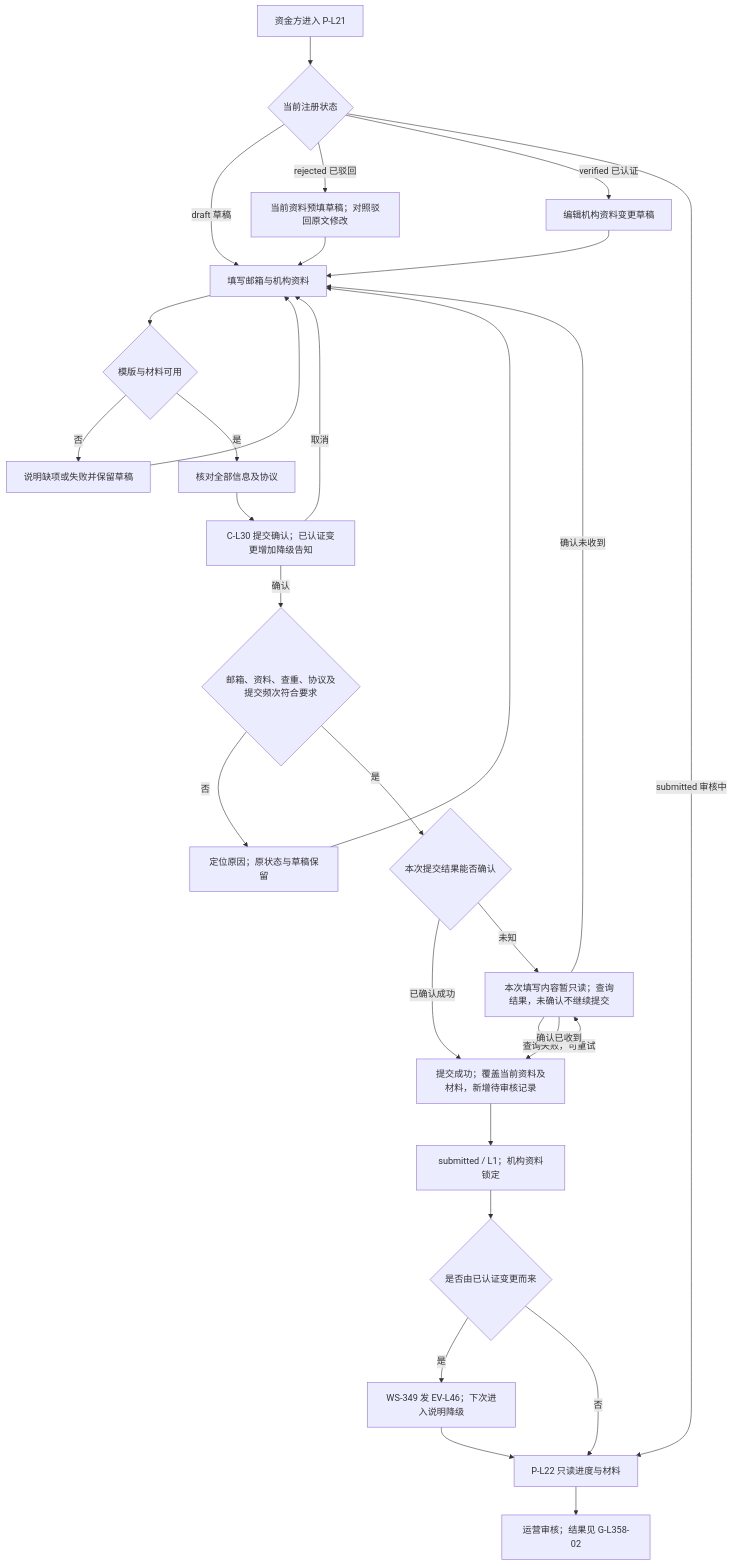
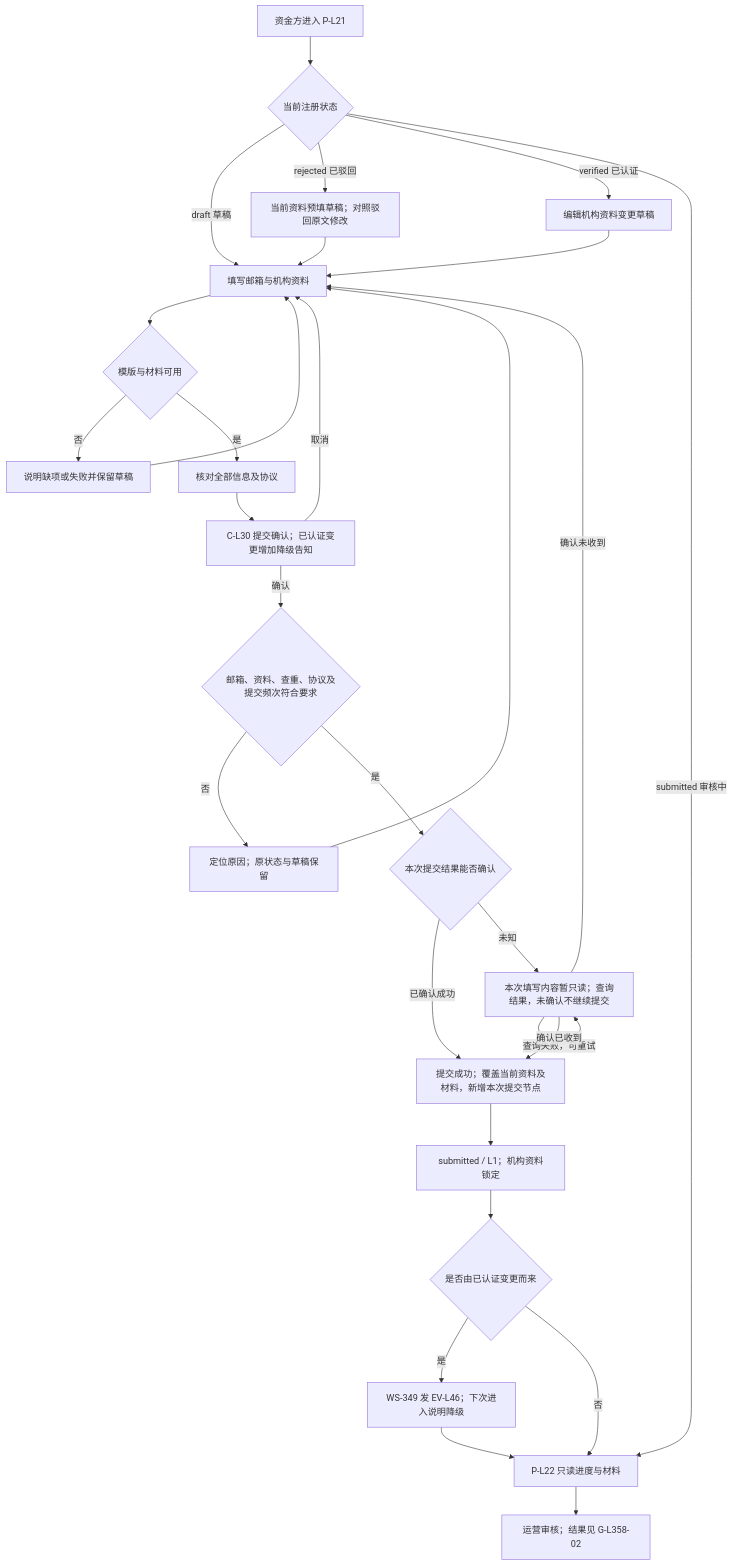
The first of 6 diagrams in lending-platform/PRD/v2.0-资金方机构认证审核/资金方机构认证审核-流程图与状态机.md (wxblockchain/Chain-Financing), drawn with Mermaid before and after one commit. The commit also changed other lines of this file and 1 other file, not shown here.

Commit message:
docs(WS-358): align submission and review timeline in V2.4

````diff
--- a/lending-platform/PRD/v2.0-资金方机构认证审核/资金方机构认证审核-流程图与状态机.md
+++ b/lending-platform/PRD/v2.0-资金方机构认证审核/资金方机构认证审核-流程图与状态机.md
@@ -20,31 +20,31 @@
 ```mermaid
 flowchart TD
     A[资金方进入 P-L21] --> B{当前注册状态}
     B -->|draft 草稿| C[填写邮箱与机构资料]
     B -->|rejected 已驳回| D[当前资料预填草稿；对照驳回原文修改]
     B -->|verified 已认证| E[编辑机构资料变更草稿]
     B -->|submitted 审核中| R[P-L22 只读进度与材料]
     D --> C
     E --> C
     C --> F{模版与材料可用}
     F -->|否| G[说明缺项或失败并保留草稿]
     G --> C
     F -->|是| H[核对全部信息及协议]
     H --> I[C-L30 提交确认；已认证变更增加降级告知]
     I -->|取消| C
     I -->|确认| J{邮箱、资料、查重、协议及提交频次符合要求}
     J -->|否| K[定位原因；原状态与草稿保留]
     K --> C
     J -->|是| V{本次提交结果能否确认}
-    V -->|已确认成功| L[提交成功；覆盖当前资料及材料，新增待审核记录]
+    V -->|已确认成功| L[提交成功；覆盖当前资料及材料，新增本次提交节点]
     V -->|未知| W[本次填写内容暂只读；查询结果，未确认不继续提交]
     W -->|查询失败，可重试| W
     W -->|确认未收到| C
     W -->|确认已收到| L
     L --> M[submitted / L1；机构资料锁定]
     M --> N{是否由已认证变更而来}
     N -->|是| O[WS-349 发 EV-L46；下次进入说明降级]
     N -->|否| R
     O --> R
     R --> S[运营审核；结果见 G-L358-02]
 ```
````
